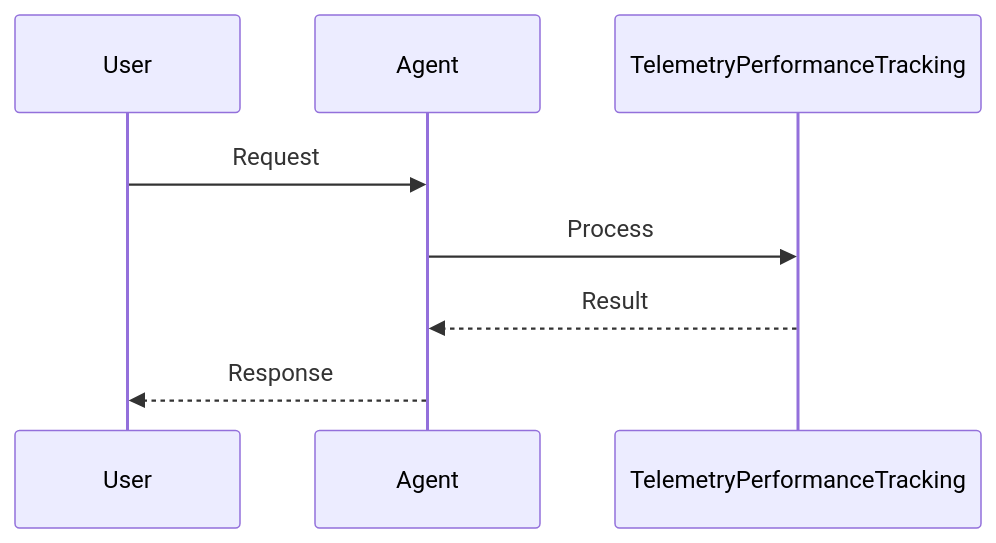
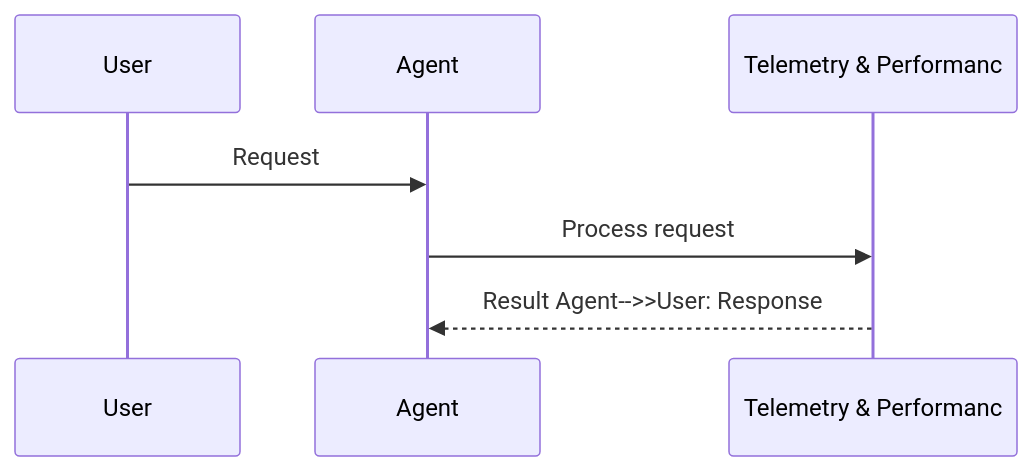
Before and after one commit to MervinPraison/PraisonAIDocs: the second of 2 diagrams in docs/features/telemetry.mdx, drawn with Mermaid. The commit also changed 204 other files, not shown here.

First line of the commit message:
docs: align feature/tool pages with AGENTS.md hero + sequence + import standards (fixes #1775)

````diff
--- a/docs/features/telemetry.mdx
+++ b/docs/features/telemetry.mdx
@@ -45,11 +45,10 @@
 ```mermaid
 sequenceDiagram
     participant User
     participant Agent
-    participant TelemetryPerformanceTracking
+    participant Feature as Telemetry & Performanc
 
     User->>Agent: Request
-    Agent->>TelemetryPerformanceTracking: Process
-    TelemetryPerformanceTracking-->>Agent: Result
-    Agent-->>User: Response
+    Agent->>Feature: Process request
+    Feature-->>Agent: Result    Agent-->>User: Response
 ```
````
